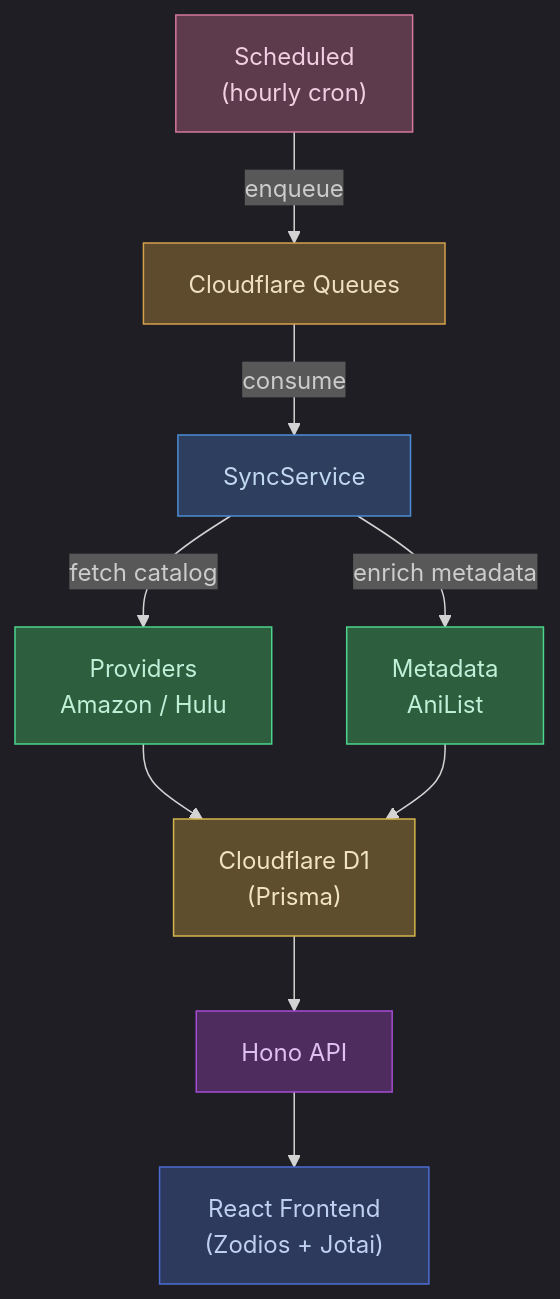
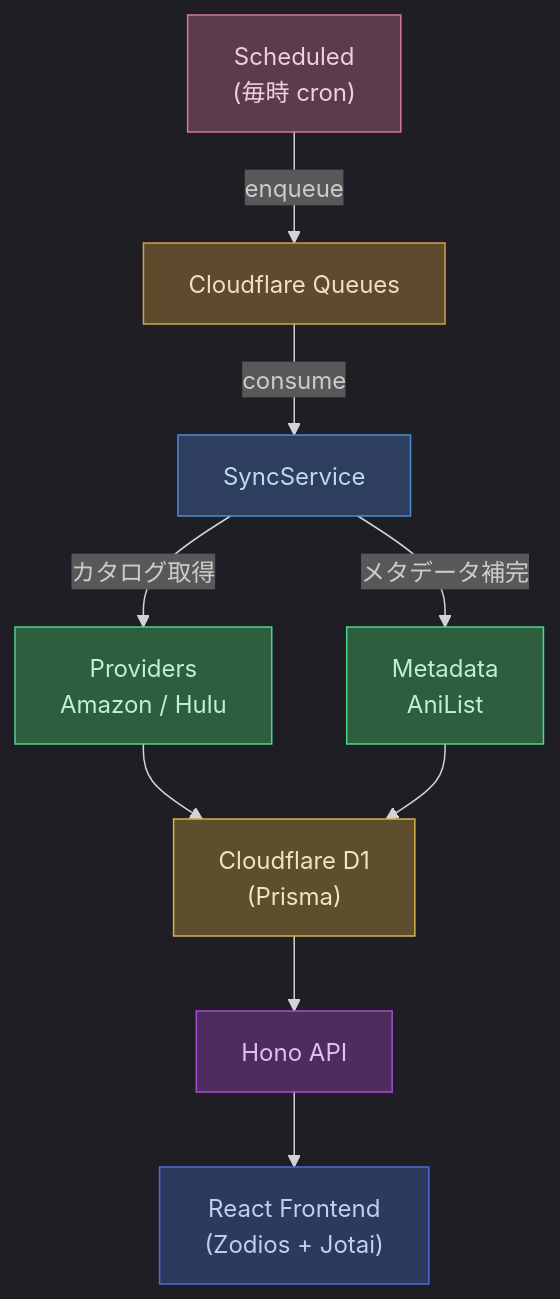
One commit to tkgstrator/anime-tracker changed the first of 5 diagrams in README.ja.md. Above: the diagram before and after it, drawn with Mermaid. The commit also changed other lines of this file, not shown here.

First line of the commit message:
docs(readme): sync Japanese README with English version

````diff
--- a/README.ja.md
+++ b/README.ja.md
@@ -83,24 +85,24 @@
 ```mermaid
 %%{init: {'theme': 'dark'}}%%
 graph TD
-    Cron["Scheduled<br/>(hourly cron)"] -->|enqueue| Queue["Cloudflare Queues"]
+    Cron["Scheduled<br/>(毎時 cron)"] -->|enqueue| Queue["Cloudflare Queues"]
     Queue -->|consume| Sync["SyncService"]
 
-    Sync -->|fetch catalog| Providers["Providers<br/>Amazon / Hulu"]
-    Sync -->|enrich metadata| Metadata["Metadata<br/>AniList"]
+    Sync -->|カタログ取得| Providers["Providers<br/>Amazon / Hulu"]
+    Sync -->|メタデータ補完| Metadata["Metadata<br/>AniList"]
 
     Providers --> DB["Cloudflare D1<br/>(Prisma)"]
     Metadata --> DB
 
     DB --> API["Hono API"]
     API --> Frontend["React Frontend<br/>(Zodios + Jotai)"]
 
     style Cron fill:#5e3a4d,stroke:#d4789c,color:#f0d0e0
     style Queue fill:#5e4a2d,stroke:#d4a04c,color:#f0e0c0
     style Sync fill:#2d3e5e,stroke:#4c8cd4,color:#c0d8f0
     style Providers fill:#2d5e3e,stroke:#4cd48c,color:#c0f0d8
     style Metadata fill:#2d5e3e,stroke:#4cd48c,color:#c0f0d8
     style DB fill:#5e4e2d,stroke:#d4b44c,color:#f0e4c0
     style API fill:#4e2d5e,stroke:#a44cd4,color:#e0c0f0
     style Frontend fill:#2d3a5e,stroke:#4c6cd4,color:#c0d0f0
 ```
````
